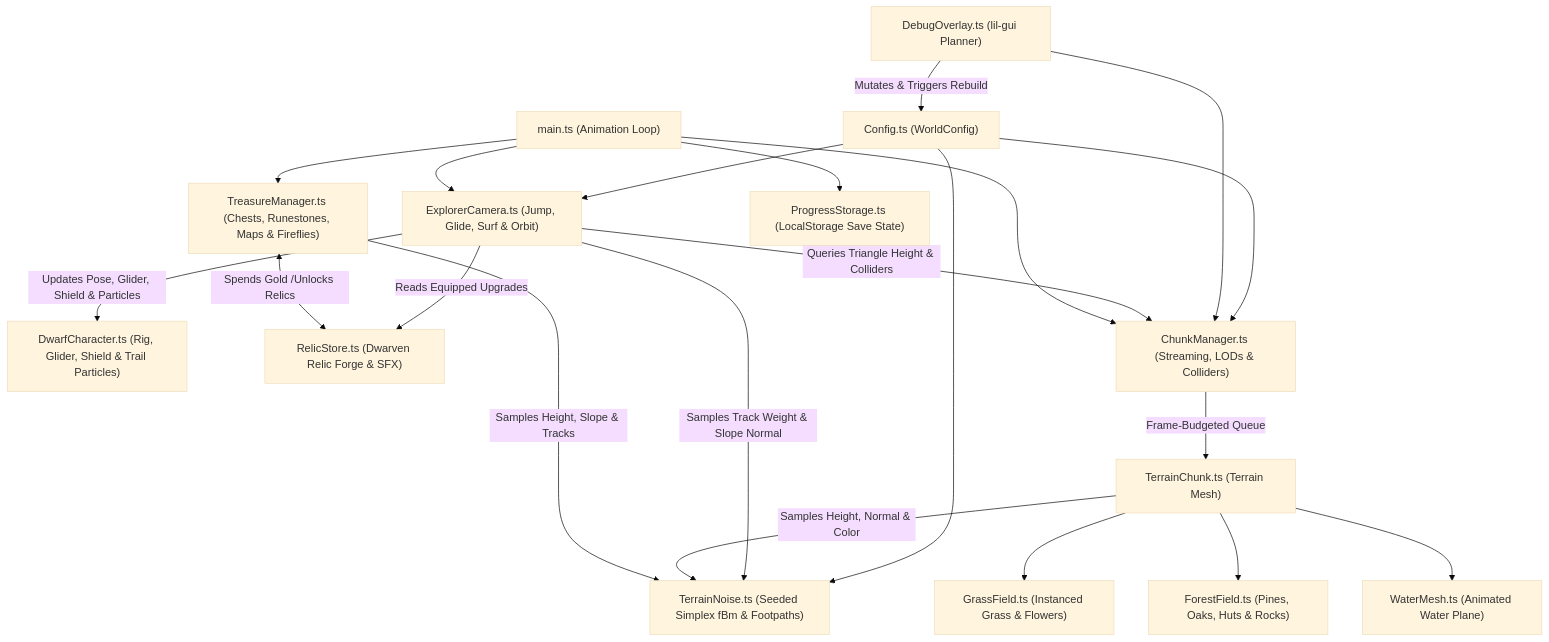
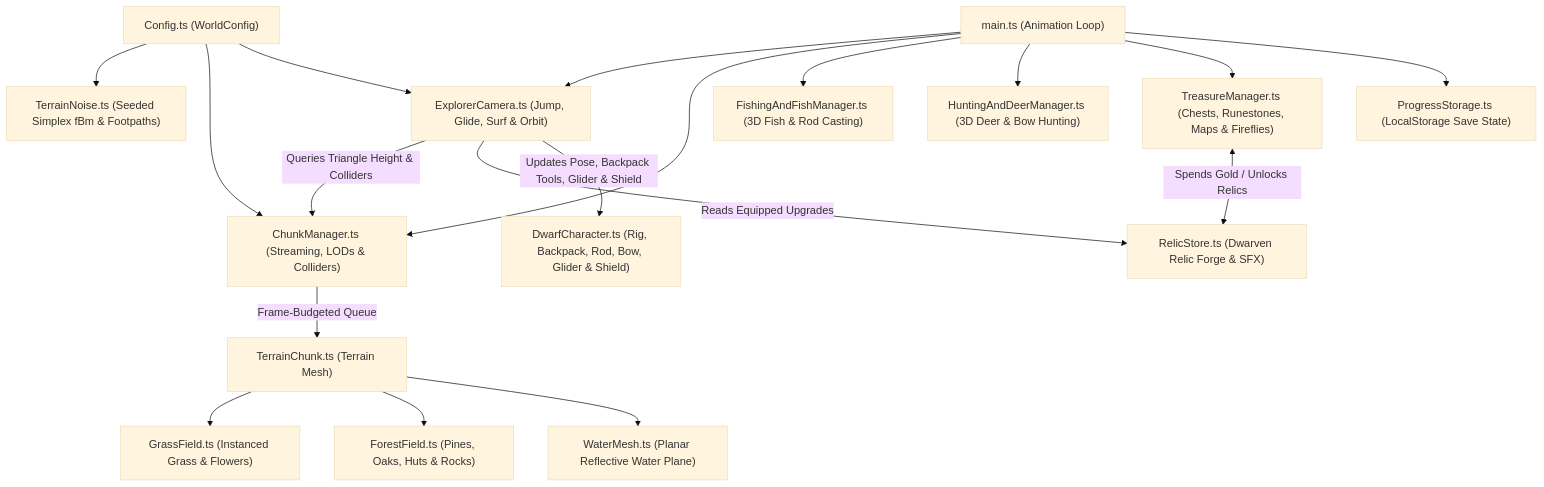
Before and after one commit to erlfas/wandering-dwarf: the diagram in README.md, drawn with Mermaid (base theme). The commit also changed other lines of this file, not shown here.

Commit message:
Update README with bow hunting, fishing, and world subsystems

````diff
--- a/README.md
+++ b/README.md
@@ -89,41 +98,39 @@
 ```mermaid
 flowchart TD
     Main["main.ts (Animation Loop)"]
     Config["Config.ts (WorldConfig)"]
     Noise["TerrainNoise.ts (Seeded Simplex fBm & Footpaths)"]
     Explorer["ExplorerCamera.ts (Jump, Glide, Surf & Orbit)"]
-    Dwarf["DwarfCharacter.ts (Rig, Glider, Shield & Trail Particles)"]
+    Dwarf["DwarfCharacter.ts (Rig, Backpack, Rod, Bow, Glider & Shield)"]
     Relics["RelicStore.ts (Dwarven Relic Forge & SFX)"]
     ChunkMgr["ChunkManager.ts (Streaming, LODs & Colliders)"]
     Chunk["TerrainChunk.ts (Terrain Mesh)"]
     Grass["GrassField.ts (Instanced Grass & Flowers)"]
     Forest["ForestField.ts (Pines, Oaks, Huts & Rocks)"]
-    Water["WaterMesh.ts (Animated Water Plane)"]
+    Water["WaterMesh.ts (Planar Reflective Water Plane)"]
+    Fish["FishingAndFishManager.ts (3D Fish & Rod Casting)"]
+    Hunt["HuntingAndDeerManager.ts (3D Deer & Bow Hunting)"]
     Treasure["TreasureManager.ts (Chests, Runestones, Maps & Fireflies)"]
     Storage["ProgressStorage.ts (LocalStorage Save State)"]
-    GUI["DebugOverlay.ts (lil-gui Planner)"]
 
     Config --> Noise
     Config --> ChunkMgr
     Config --> Explorer
-    GUI -->|Mutates & Triggers Rebuild| Config
-    GUI --> ChunkMgr
 
     Main --> Explorer
     Explorer -->|Queries Triangle Height & Colliders| ChunkMgr
-    Explorer -->|Samples Track Weight & Slope Normal| Noise
     Explorer -->|Reads Equipped Upgrades| Relics
-    Explorer -->|Updates Pose, Glider, Shield & Particles| Dwarf
+    Explorer -->|Updates Pose, Backpack Tools, Glider & Shield| Dwarf
 
     Main --> ChunkMgr
     ChunkMgr -->|Frame-Budgeted Queue| Chunk
-    Chunk -->|Samples Height, Normal & Color| Noise
     Chunk --> Grass
     Chunk --> Forest
     Chunk --> Water
 
+    Main --> Fish
+    Main --> Hunt
     Main --> Treasure
-    Treasure -->|Samples Height, Slope & Tracks| Noise
-    Treasure <-->|Spends Gold /Unlocks Relics| Relics
+    Treasure <-->|Spends Gold / Unlocks Relics| Relics
     Main --> Storage
 ```
````
